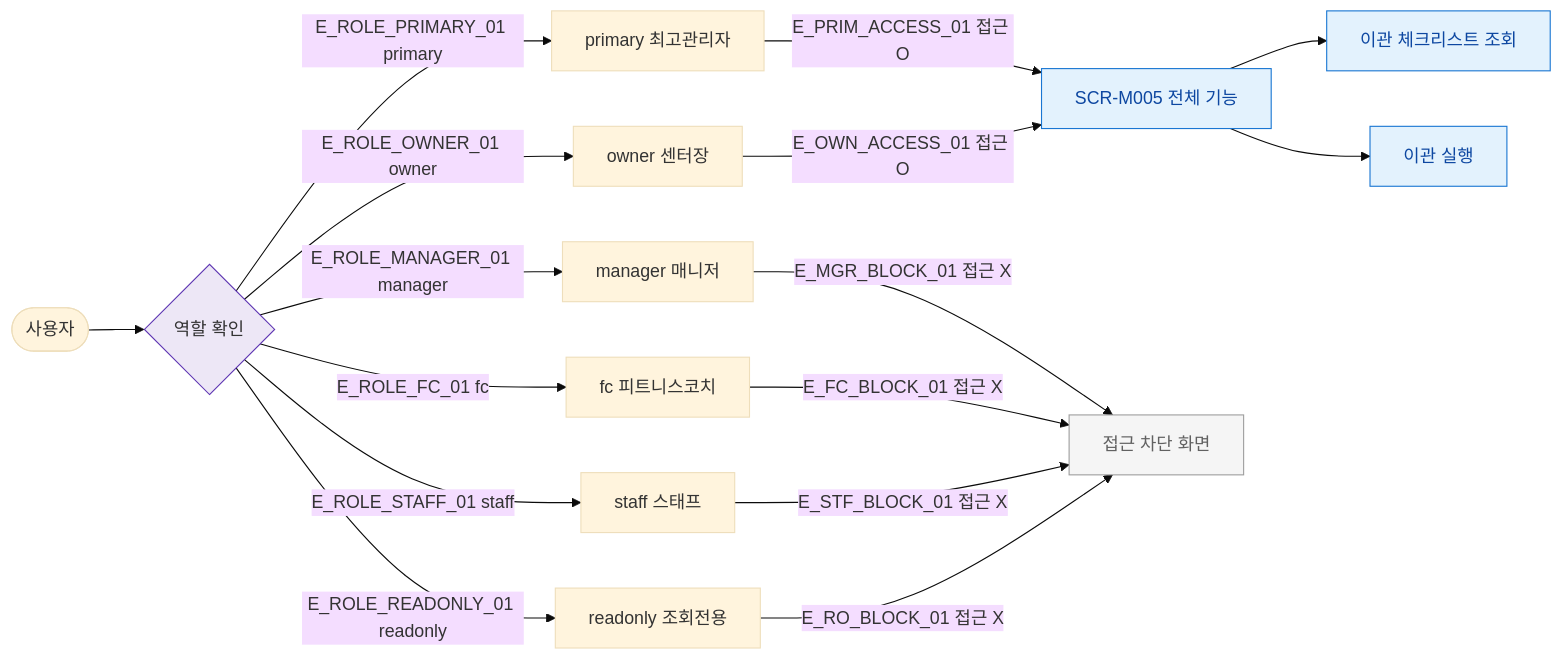
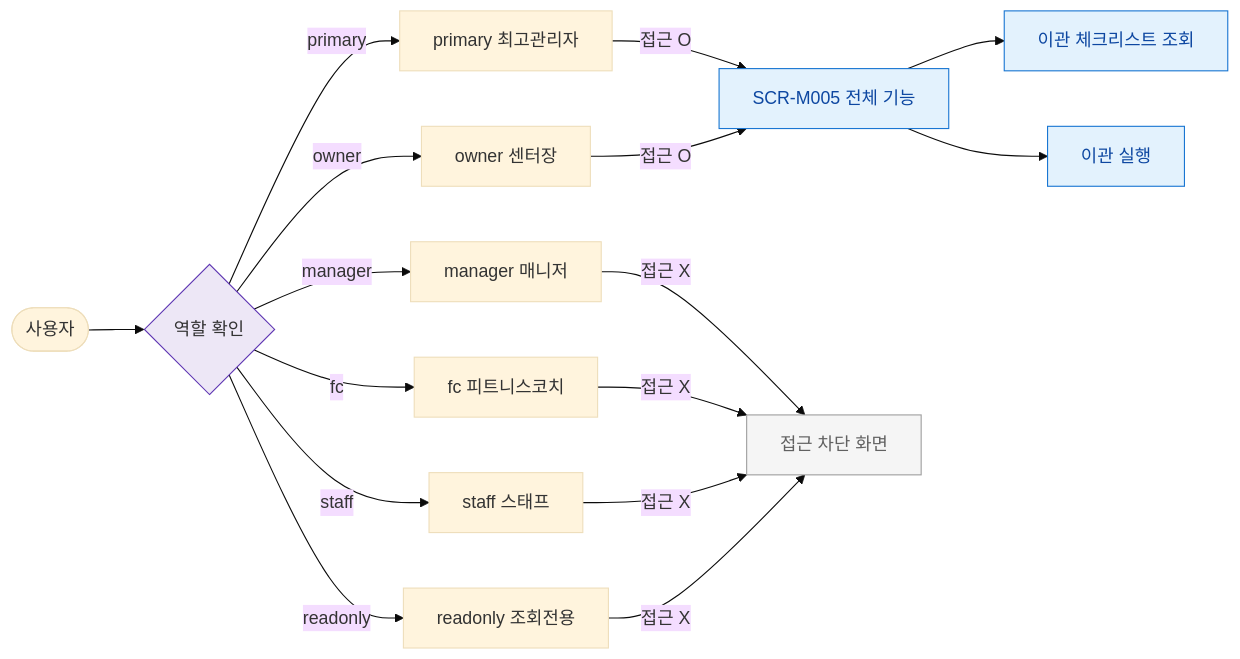
Before and after one commit to dev-spogym/admin-pando: the diagram in docs/다이어그램/D02_회원관리/SCR-M005_회원이관/F7_권한분기.md, drawn with Mermaid (base theme). The commit also changed other lines of this file and 1660 other files, not shown here.

First line of the commit message:
다이어그램: 기획자/클라이언트 납품본으로 정리

````diff
--- a/docs/다이어그램/D02_회원관리/SCR-M005_회원이관/F7_권한분기.md
+++ b/docs/다이어그램/D02_회원관리/SCR-M005_회원이관/F7_권한분기.md
@@ -22,33 +20,33 @@
 ```mermaid
 flowchart LR
   USER([사용자])
 
   USER --> ROLE_CHECK{역할 확인}
 
-  ROLE_CHECK -->|E_ROLE_PRIMARY_01 primary| PRIM[primary 최고관리자]
-  ROLE_CHECK -->|E_ROLE_OWNER_01 owner| OWN[owner 센터장]
-  ROLE_CHECK -->|E_ROLE_MANAGER_01 manager| MGR[manager 매니저]
-  ROLE_CHECK -->|E_ROLE_FC_01 fc| FC[fc 피트니스코치]
-  ROLE_CHECK -->|E_ROLE_STAFF_01 staff| STF[staff 스태프]
-  ROLE_CHECK -->|E_ROLE_READONLY_01 readonly| RO[readonly 조회전용]
+  ROLE_CHECK -->|primary|PRIM[primary 최고관리자]
+  ROLE_CHECK -->|owner|OWN[owner 센터장]
+  ROLE_CHECK -->|manager|MGR[manager 매니저]
+  ROLE_CHECK -->|fc|FC[fc 피트니스코치]
+  ROLE_CHECK -->|staff|STF[staff 스태프]
+  ROLE_CHECK -->|readonly|RO[readonly 조회전용]
 
-  PRIM -->|E_PRIM_ACCESS_01 접근 O| SCR_M005_FULL[SCR-M005 전체 기능]
-  OWN  -->|E_OWN_ACCESS_01 접근 O| SCR_M005_FULL
+  PRIM -->|접근 O|SCR_M005_FULL[SCR-M005 전체 기능]
+  OWN -->|접근 O|SCR_M005_FULL
 
-  MGR -->|E_MGR_BLOCK_01 접근 X| BLOCKED[접근 차단 화면]
-  FC  -->|E_FC_BLOCK_01 접근 X| BLOCKED
-  STF -->|E_STF_BLOCK_01 접근 X| BLOCKED
-  RO  -->|E_RO_BLOCK_01 접근 X| BLOCKED
+  MGR -->|접근 X|BLOCKED[접근 차단 화면]
+  FC -->|접근 X|BLOCKED
+  STF -->|접근 X|BLOCKED
+  RO -->|접근 X|BLOCKED
 
   SCR_M005_FULL --> ACT_VIEW[이관 체크리스트 조회]
   SCR_M005_FULL --> ACT_TRANSFER[이관 실행]
 
-  classDef screen      fill:#E3F2FD,stroke:#1976D2,color:#0D47A1
+  classDef screen fill:#E3F2FD,stroke:#1976D2,color:#0D47A1
   classDef rbacBlocked fill:#F5F5F5,stroke:#9E9E9E,color:#616161
-  classDef system      fill:#EDE7F6,stroke:#5E35B2
-  classDef success     fill:#E8F5E9,stroke:#2E7D32,color:#1B5E20
+  classDef system fill:#EDE7F6,stroke:#5E35B2
+  classDef success fill:#E8F5E9,stroke:#2E7D32,color:#1B5E20
 
   class SCR_M005_FULL,ACT_VIEW,ACT_TRANSFER screen
   class BLOCKED rbacBlocked
   class ROLE_CHECK system
 ```
````
